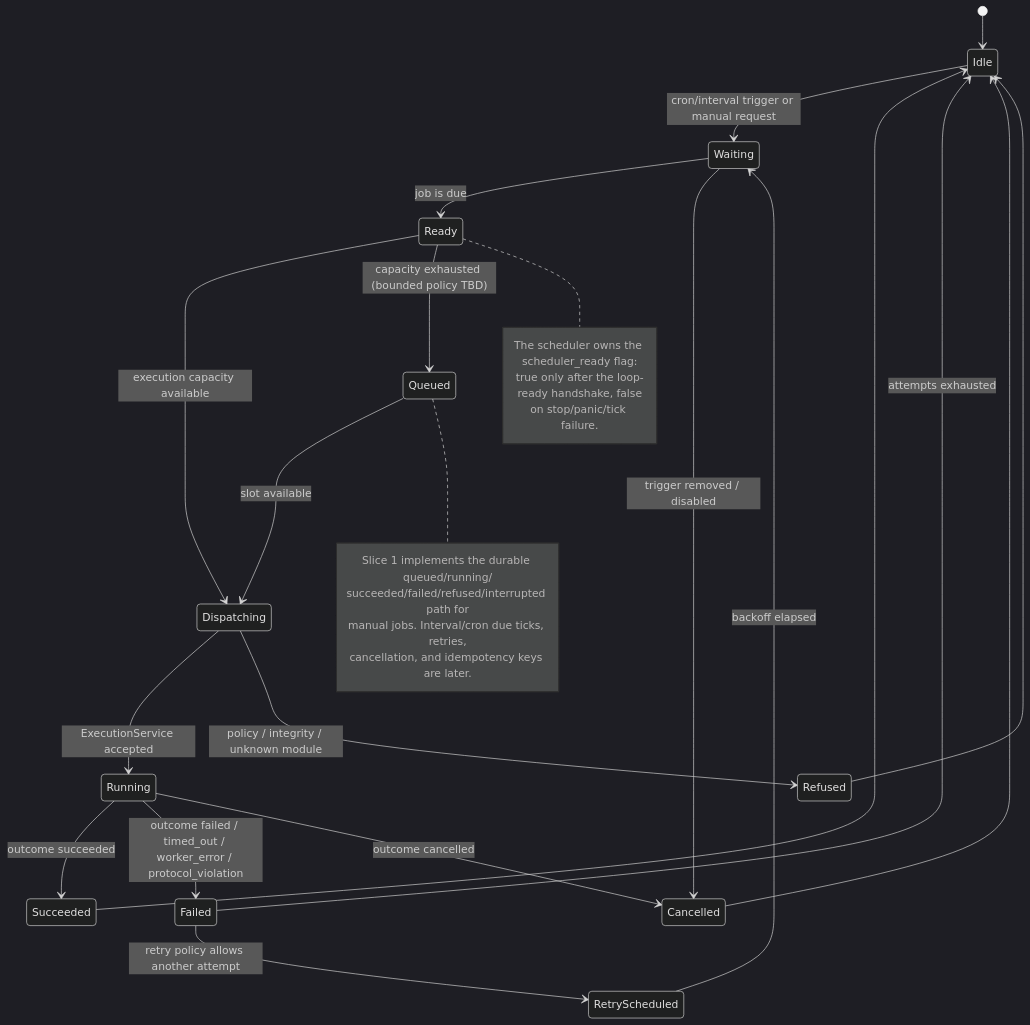
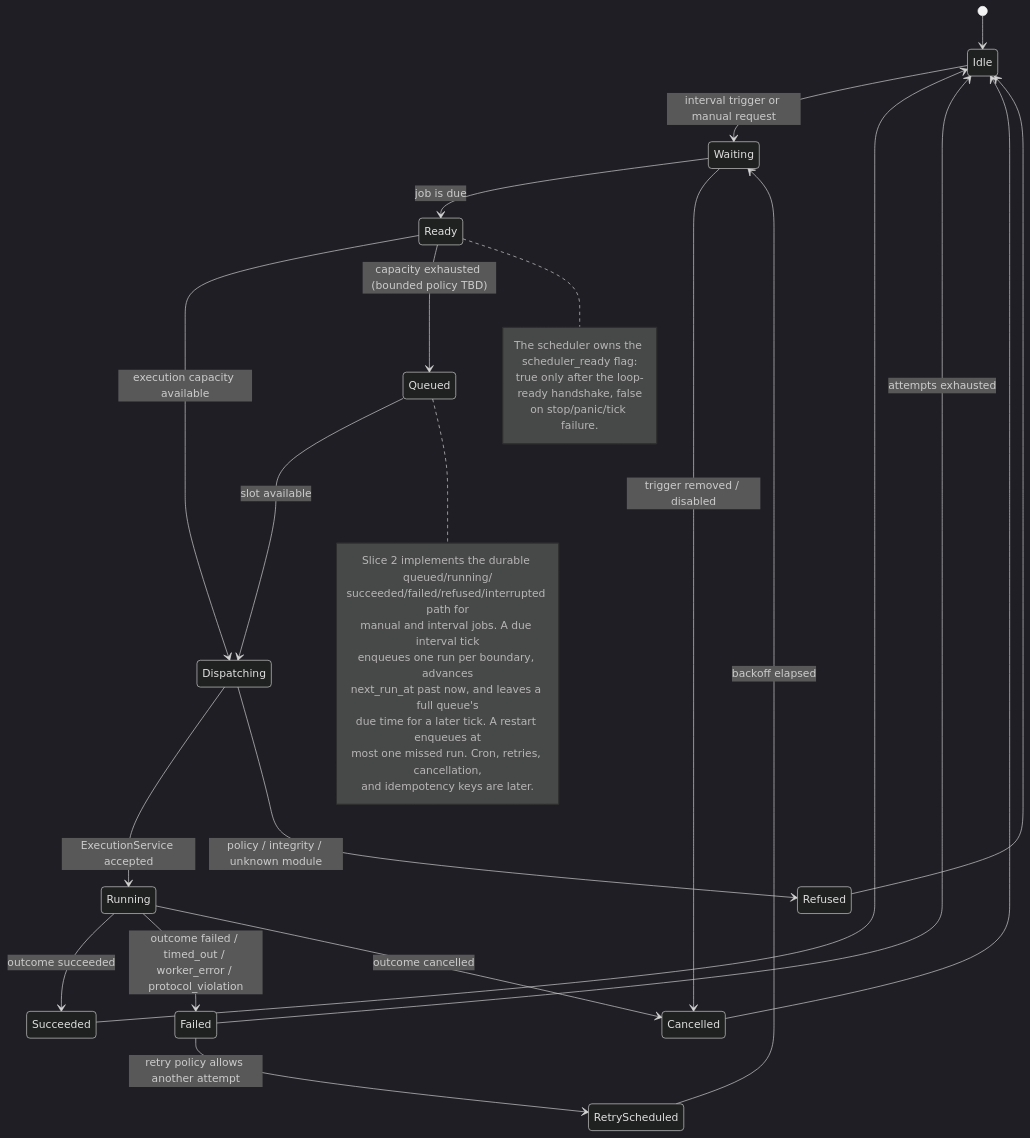
One commit to nicknad/conductor changed diagram 13 of 14 in docs/statecharts.md. Above: the diagram before and after it, drawn with Mermaid (dark theme). The commit also changed other lines of this file and 9 other files, not shown here.

````diff
--- a/docs/statecharts.md
+++ b/docs/statecharts.md
@@ -458,33 +458,37 @@
 ```mermaid
 stateDiagram-v2
     [*] --> Idle
-    Idle --> Waiting: cron/interval trigger or manual request
+    Idle --> Waiting: interval trigger or manual request
     Waiting --> Ready: job is due
     Waiting --> Cancelled: trigger removed / disabled
     Ready --> Dispatching: execution capacity available
     Ready --> Queued: capacity exhausted (bounded policy TBD)
     Queued --> Dispatching: slot available
     Dispatching --> Running: ExecutionService accepted
     Dispatching --> Refused: policy / integrity / unknown module
     Running --> Succeeded: outcome succeeded
     Running --> Failed: outcome failed / timed_out / worker_error / protocol_violation
     Running --> Cancelled: outcome cancelled
     Failed --> RetryScheduled: retry policy allows another attempt
     RetryScheduled --> Waiting: backoff elapsed
     Succeeded --> Idle
     Failed --> Idle: attempts exhausted
     Cancelled --> Idle
     Refused --> Idle
 
     note right of Queued
-        Slice 1 implements the durable queued/running/
+        Slice 2 implements the durable queued/running/
         succeeded/failed/refused/interrupted path for
-        manual jobs. Interval/cron due ticks, retries,
-        cancellation, and idempotency keys are later.
+        manual and interval jobs. A due interval tick
+        enqueues one run per boundary, advances
+        next_run_at past now, and leaves a full queue's
+        due time for a later tick. A restart enqueues at
+        most one missed run. Cron, retries, cancellation,
+        and idempotency keys are later.
     end note
     note right of Ready
         The scheduler owns the scheduler_ready flag:
         true only after the loop-ready handshake, false
         on stop/panic/tick failure.
     end note
 ```
````
